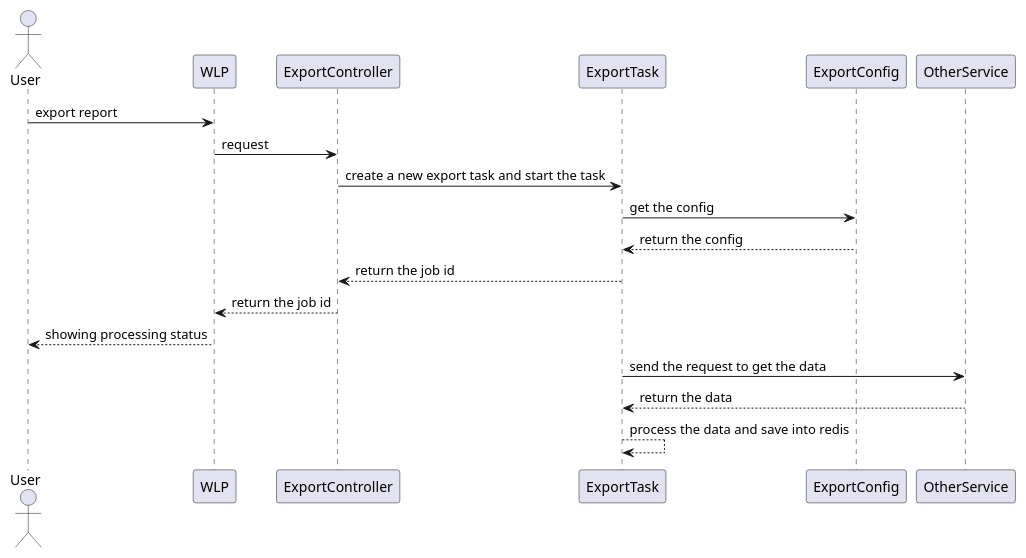
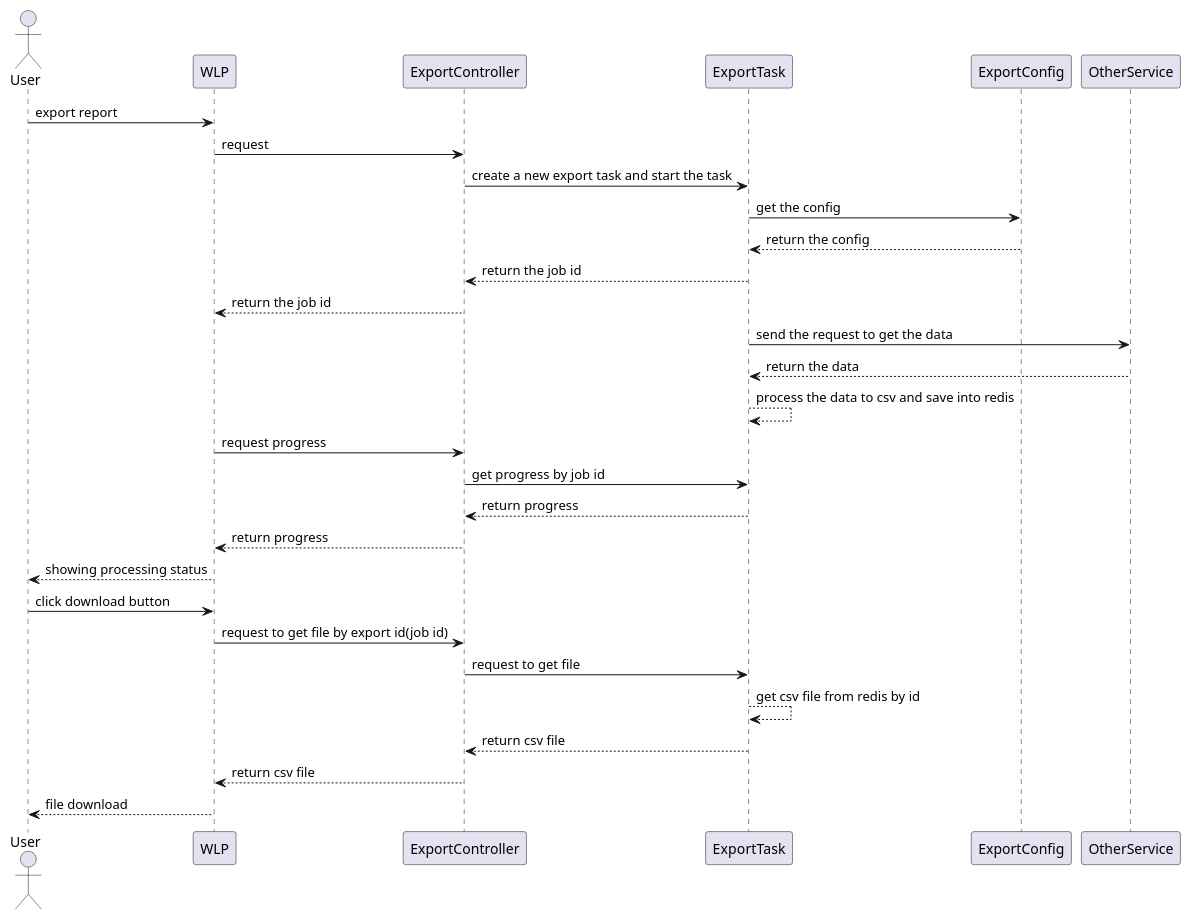
The diagram in docs/EXPORT.md (hhhuangqiong/WLP), drawn with PlantUML before and after one commit. The commit also changed other lines of this file, not shown here.

Commit message:
Add more procedure about export
- make the export and download  progress more clear

```diff
--- a/docs/EXPORT.md
+++ b/docs/EXPORT.md
@@ -9,18 +9,32 @@
 {% plantuml %}
 
 Actor User
 
 User -> WLP: export report
 WLP -> ExportController: request
 ExportController -> ExportTask: create a new export task and start the task
 ExportTask -> ExportConfig: get the config
 ExportConfig --> ExportTask: return the config
 ExportTask --> ExportController: return the job id
 ExportController --> WLP: return the job id
-WLP --> User: showing processing status
 
 ExportTask -> OtherService: send the request to get the data
 OtherService --> ExportTask : return the data
-ExportTask --> ExportTask: process the data and save into redis
+ExportTask --> ExportTask: process the data to csv and save into redis
+
+WLP -> ExportController: request progress
+ExportController -> ExportTask: get progress by job id
+ExportTask --> ExportController: return progress
+ExportController --> WLP: return progress
+WLP --> User: showing processing status
+
+
+User -> WLP: click download button
+WLP -> ExportController: request to get file by export id(job id)
+ExportController -> ExportTask:request to get file
+ExportTask --> ExportTask: get csv file from redis by id
+ExportTask --> ExportController: return csv file
+ExportController --> WLP: return csv file
+WLP --> User: file download
 
 {% endplantuml %}
```
